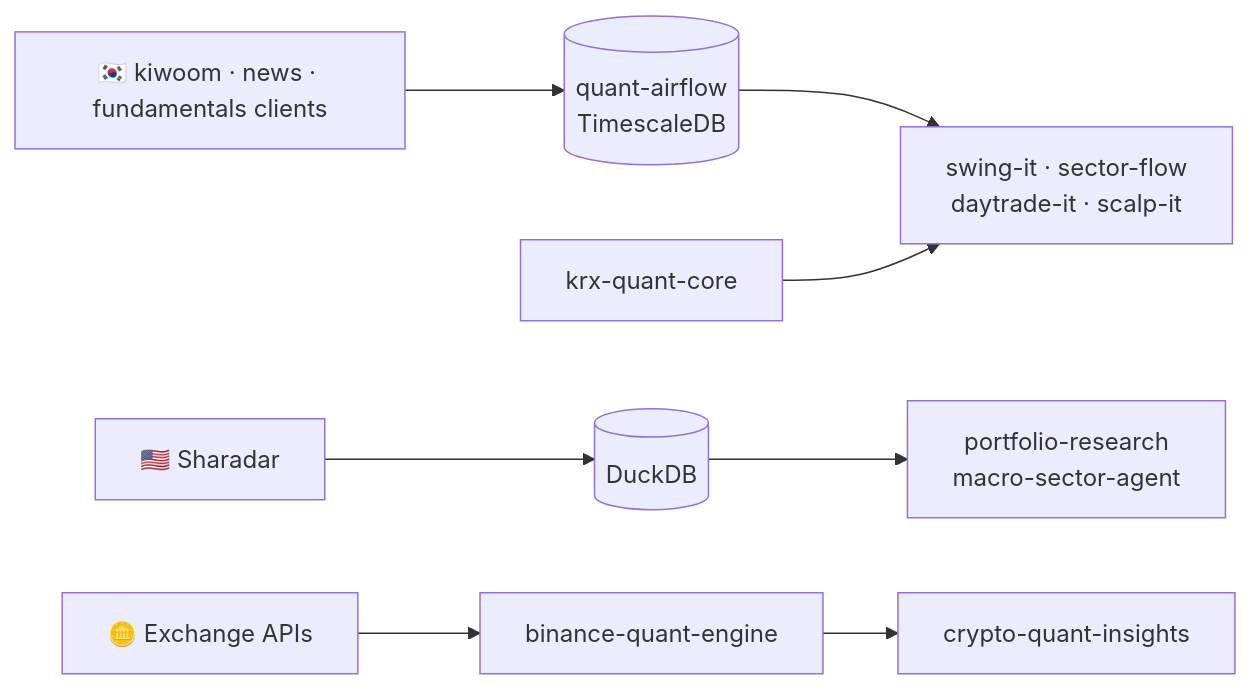
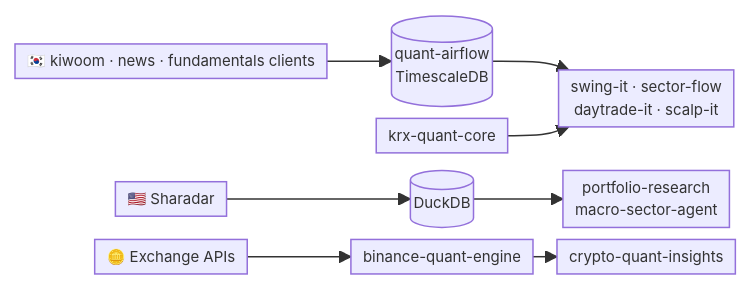
The diagram in README.md (younghwan91/younghwan91), drawn with Mermaid before and after one commit. The commit also changed 1 other file, not shown here.

Commit message:
docs(profile): 흐름도를 작게 — 폭 맞춤을 끄고 글꼴·간격을 줄인다

````diff
--- a/README.md
+++ b/README.md
@@ -15,7 +15,8 @@
 ```mermaid
+%%{init: {"flowchart": {"useMaxWidth": false, "nodeSpacing": 8, "rankSpacing": 16, "padding": 4}, "themeVariables": {"fontSize": "10px"}}}%%
 flowchart LR
     K1["🇰🇷 kiwoom · news · fundamentals clients"] --> K2[("quant-airflow<br/>TimescaleDB")] --> K3["swing-it · sector-flow<br/>daytrade-it · scalp-it"]
     KC["krx-quant-core"] --> K3
     U1["🇺🇸 Sharadar"] --> U2[("DuckDB")] --> U3["portfolio-research<br/>macro-sector-agent"]
     C1["🪙 Exchange APIs"] --> C2["binance-quant-engine"] --> C3["crypto-quant-insights"]
 ```
````
